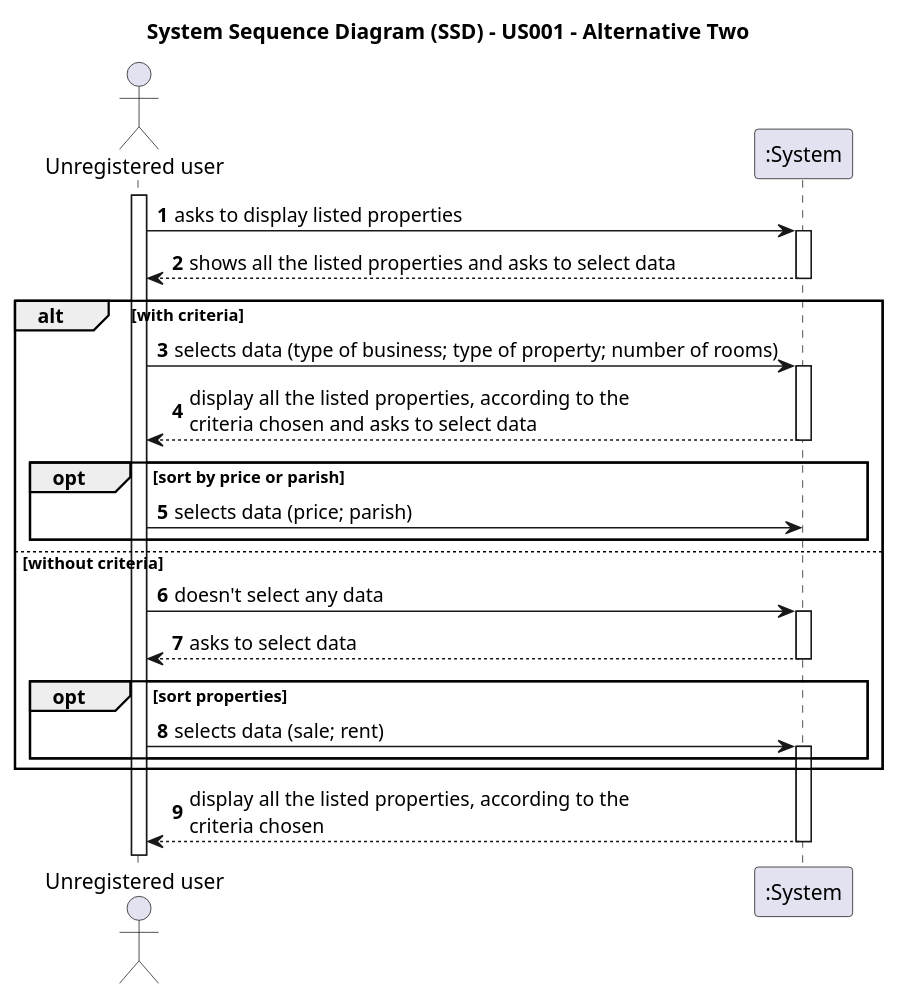
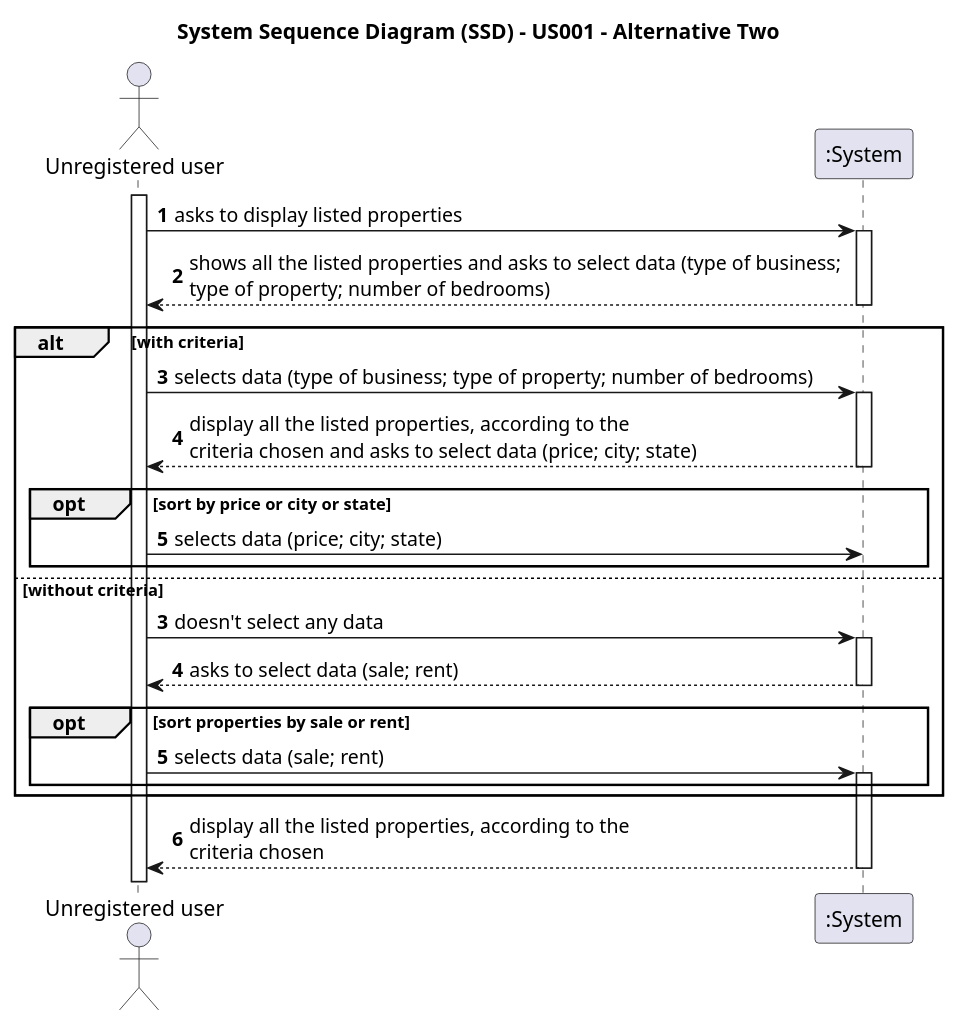
Before and after one commit to rita-barbosa/LAPR2-2223: the diagram in docs/sprintA/us001/01.requirements-engineering/puml/us001-system-sequence-diagram-alternative-two.puml, drawn with PlantUML. The commit also changed 1 other file, not shown here.

```diff
--- a/docs/sprintA/us001/01.requirements-engineering/puml/us001-system-sequence-diagram-alternative-two.puml
+++ b/docs/sprintA/us001/01.requirements-engineering/puml/us001-system-sequence-diagram-alternative-two.puml
@@ -1,54 +1,58 @@
 @startuml
 'https://plantuml.com/sequence-diagram
 
 title System Sequence Diagram (SSD) - US001 - Alternative Two
 
 autonumber
 
 actor "Unregistered user" as User
 participant ":System" as System
 
 activate User
 
+'ter em conta como a UI que aparece para o cliente ????
+
     User -> System : asks to display listed properties
     activate System
 
-    System --> User : shows all the listed properties and asks to select data
+    System --> User : shows all the listed properties and asks to select data (type of business; \ntype of property; number of bedrooms)
     deactivate System
 
     alt with criteria
-    User -> System : selects data (type of business; type of property; number of rooms)
+    User -> System : selects data (type of business; type of property; number of bedrooms)
     activate System
 
-    System --> User : display all the listed properties, according to the \ncriteria chosen and asks to select data
+    System --> User : display all the listed properties, according to the \ncriteria chosen and asks to select data (price; city; state)
     deactivate System
 
-        opt sort by price or parish
+        opt sort by price or city or state
 
-        User -> System : selects data (price; parish)
+        User -> System : selects data (price; city; state)
         deactivate System
 
         end
 
     else without criteria
 
+    autonumber 3
+
     User -> System : doesn't select any data
     activate System
 
-    System --> User : asks to select data
+    System --> User : asks to select data (sale; rent)
     deactivate System
 
-        opt sort properties
+        opt sort properties by sale or rent
 
         User -> System : selects data (sale; rent)
         activate System
 
         end
 
     end
 
     System --> User : display all the listed properties, according to the \ncriteria chosen
     deactivate System
 
 
 @enduml
```
